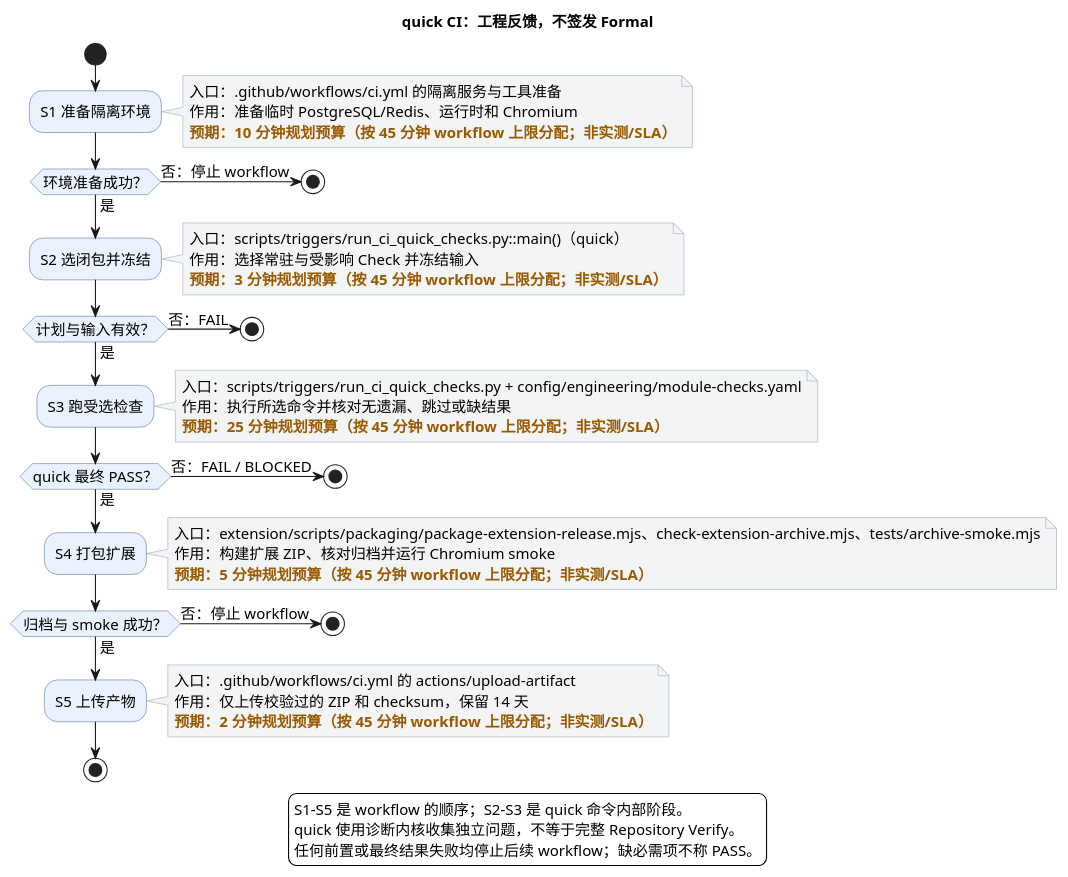
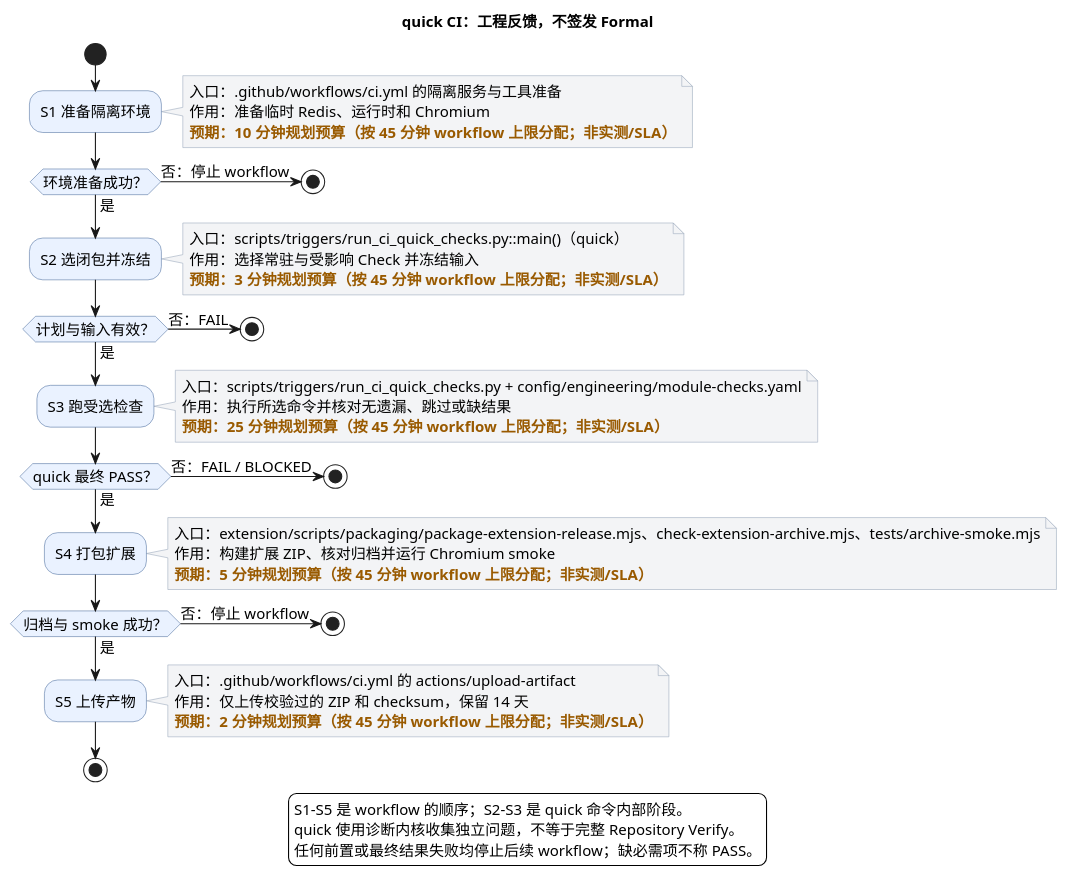
One commit to iampkuhz/lexiflow changed the first of 2 diagrams in docs/scenarios/github-actions.md. Above: the diagram before and after it, drawn with PlantUML. The commit also changed other lines of this file and 253 other files, not shown here.

````diff
--- a/docs/scenarios/github-actions.md
+++ b/docs/scenarios/github-actions.md
@@ -26,68 +26,68 @@
 ```plantuml
 @startuml
 skinparam backgroundColor white
 skinparam defaultFontName SansSerif
 skinparam defaultFontSize 14
 skinparam shadowing false
 skinparam nodesep 40
 skinparam ranksep 45
 skinparam activityBackgroundColor #EAF2FF
 skinparam activityBorderColor #46699A
 skinparam noteBackgroundColor #F3F4F6
 skinparam noteBorderColor #94A3B8
 title quick CI：工程反馈，不签发 Formal
 start
 :S1 准备隔离环境;
 note right
 入口：.github/workflows/ci.yml 的隔离服务与工具准备
-作用：准备临时 PostgreSQL/Redis、运行时和 Chromium
+作用：准备临时 Redis、运行时和 Chromium
 <color:#995A00><b>预期：10 分钟规划预算（按 45 分钟 workflow 上限分配；非实测/SLA）</b></color>
 end note
 if (环境准备成功？) then (是)
 else (否：停止 workflow)
 stop
 endif
 :S2 选闭包并冻结;
 note right
 入口：scripts/triggers/run_ci_quick_checks.py::main()（quick）
 作用：选择常驻与受影响 Check 并冻结输入
 <color:#995A00><b>预期：3 分钟规划预算（按 45 分钟 workflow 上限分配；非实测/SLA）</b></color>
 end note
 if (计划与输入有效？) then (是)
 else (否：FAIL)
 stop
 endif
 :S3 跑受选检查;
 note right
 入口：scripts/triggers/run_ci_quick_checks.py + config/engineering/module-checks.yaml
 作用：执行所选命令并核对无遗漏、跳过或缺结果
 <color:#995A00><b>预期：25 分钟规划预算（按 45 分钟 workflow 上限分配；非实测/SLA）</b></color>
 end note
 if (quick 最终 PASS？) then (是)
 else (否：FAIL / BLOCKED)
 stop
 endif
 :S4 打包扩展;
 note right
 入口<U+FF1A>extension<U+002F>scripts<U+002F>packaging<U+002F>package<U+002D>extension<U+002D>release<U+002E>mjs<U+3001>check<U+002D>extension<U+002D>archive<U+002E>mjs<U+3001>tests<U+002F>archive<U+002D>smoke<U+002E>mjs
 作用：构建扩展 ZIP、核对归档并运行 Chromium smoke
 <color:#995A00><b>预期：5 分钟规划预算（按 45 分钟 workflow 上限分配；非实测/SLA）</b></color>
 end note
 if (归档与 smoke 成功？) then (是)
 else (否：停止 workflow)
 stop
 endif
 :S5 上传产物;
 note right
 入口：.github/workflows/ci.yml 的 actions/upload-artifact
 作用：仅上传校验过的 ZIP 和 checksum，保留 14 天
 <color:#995A00><b>预期：2 分钟规划预算（按 45 分钟 workflow 上限分配；非实测/SLA）</b></color>
 end note
 stop
 legend bottom
 S1–S5 是 workflow 的顺序；S2–S3 是 quick 命令内部阶段。
 quick 使用诊断内核收集独立问题，不等于完整 Repository Verify。
 任何前置或最终结果失败均停止后续 workflow；缺必需项不称 PASS。
 endlegend
 @enduml
 ```
````
